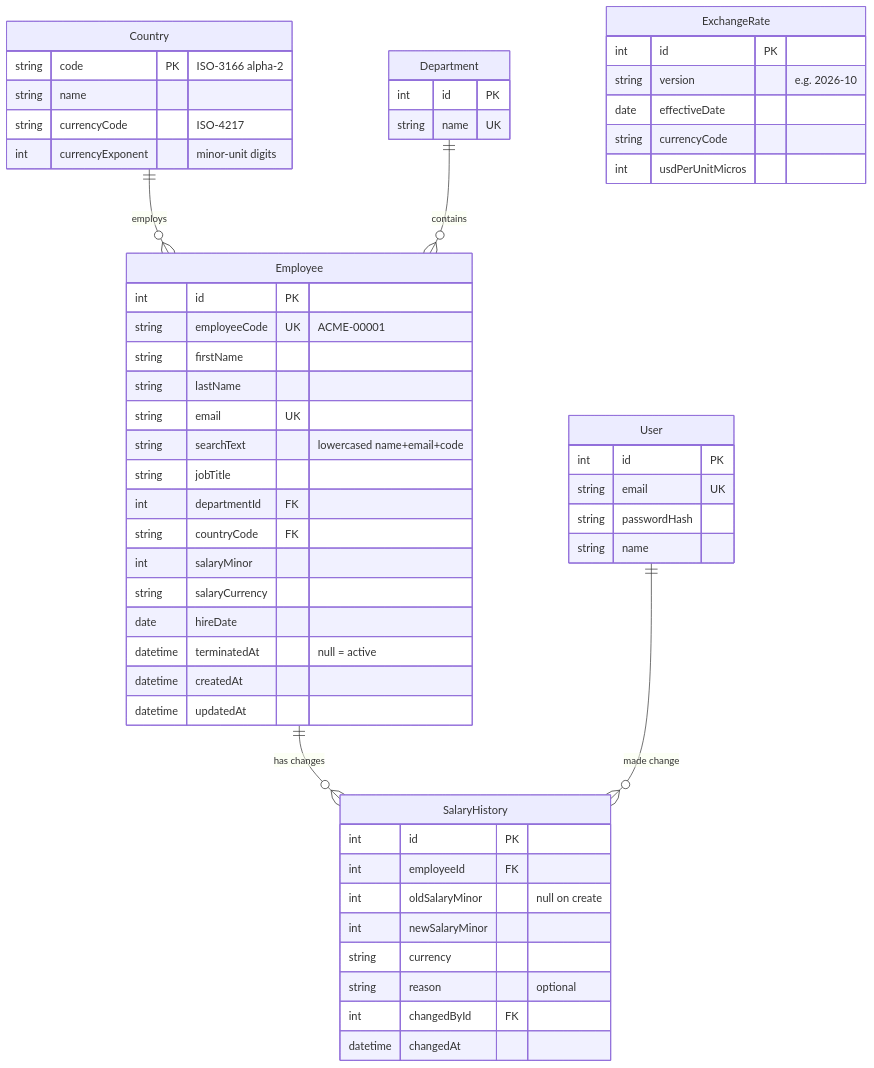
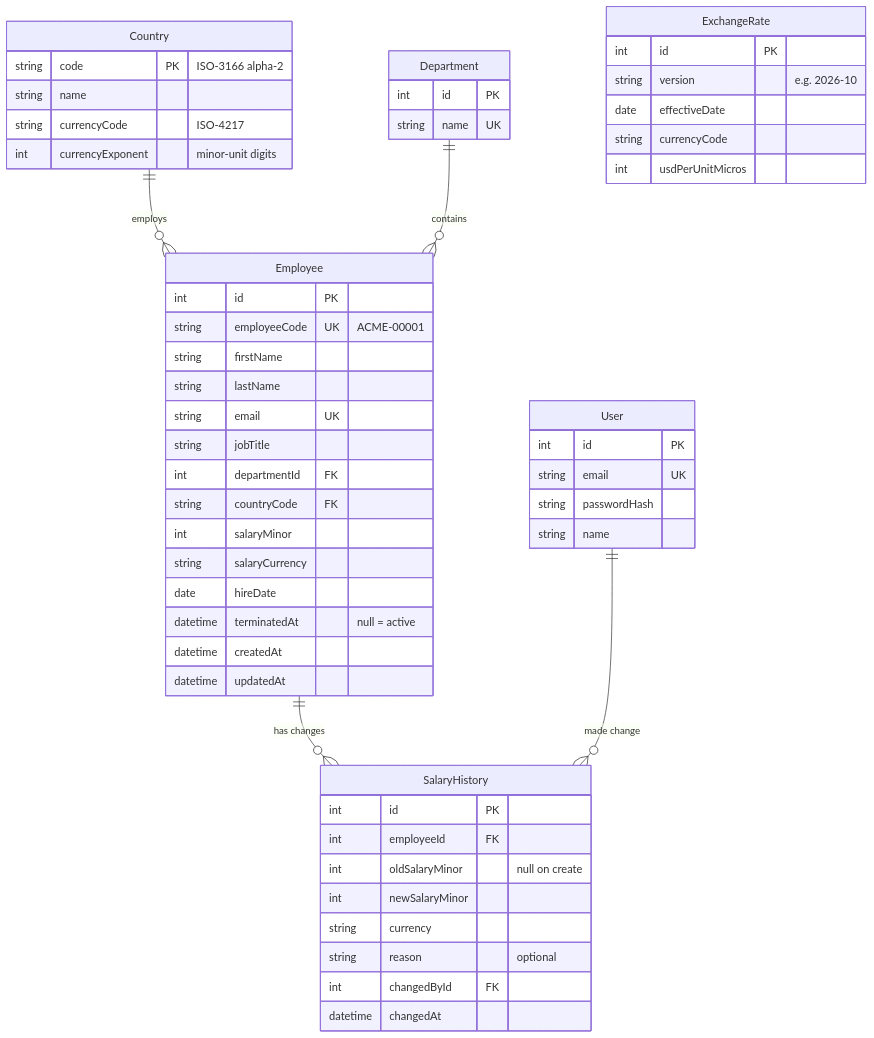
The second of 2 diagrams in context/architecture.md (bilalaslam1122/acme-salary-manager), drawn with Mermaid before and after one commit. The commit also changed other lines of this file and 2 other files, not shown here.

````diff
--- a/context/architecture.md
+++ b/context/architecture.md
@@ -72,58 +72,57 @@
 ```mermaid
 erDiagram
   Country ||--o{ Employee : employs
   Department ||--o{ Employee : contains
   Employee ||--o{ SalaryHistory : "has changes"
   User ||--o{ SalaryHistory : "made change"
 
   Country {
     string code PK "ISO-3166 alpha-2"
     string name
     string currencyCode "ISO-4217"
     int currencyExponent "minor-unit digits"
   }
   Department {
     int id PK
     string name UK
   }
   Employee {
     int id PK
     string employeeCode UK "ACME-00001"
     string firstName
     string lastName
     string email UK
-    string searchText "lowercased name+email+code"
     string jobTitle
     int departmentId FK
     string countryCode FK
     int salaryMinor
     string salaryCurrency
     date hireDate
     datetime terminatedAt "null = active"
     datetime createdAt
     datetime updatedAt
   }
   ExchangeRate {
     int id PK
     string version "e.g. 2026-10"
     date effectiveDate
     string currencyCode
     int usdPerUnitMicros
   }
   SalaryHistory {
     int id PK
     int employeeId FK
     int oldSalaryMinor "null on create"
     int newSalaryMinor
     string currency
     string reason "optional"
     int changedById FK
     datetime changedAt
   }
   User {
     int id PK
     string email UK
     string passwordHash
     string name
   }
 ```
````
